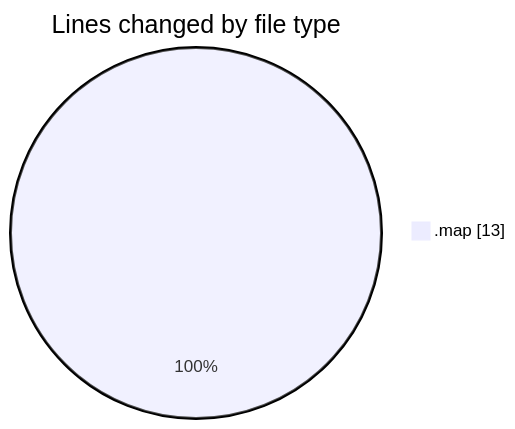
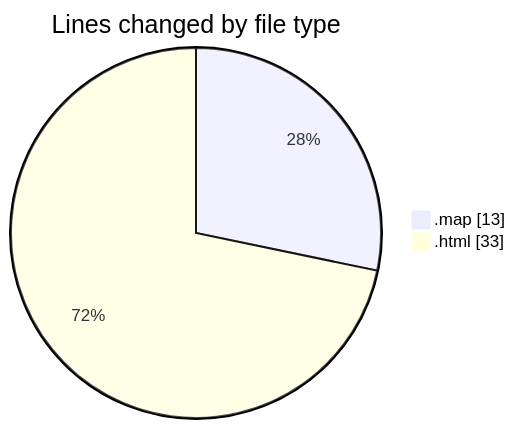
The first of 2 diagrams in 2025-03-21/ms4w/README.md (LanceThiago/code-tracking), drawn with Mermaid before and after one commit. The commit also changed other lines of this file and 1 other file, not shown here.

````diff
--- a/2025-03-21/ms4w/README.md
+++ b/2025-03-21/ms4w/README.md
@@ -20,5 +21,6 @@
 ```mermaid
 pie showData
 title Lines changed by file type
 ".map" : 13
+".html" : 33
 ```
````
